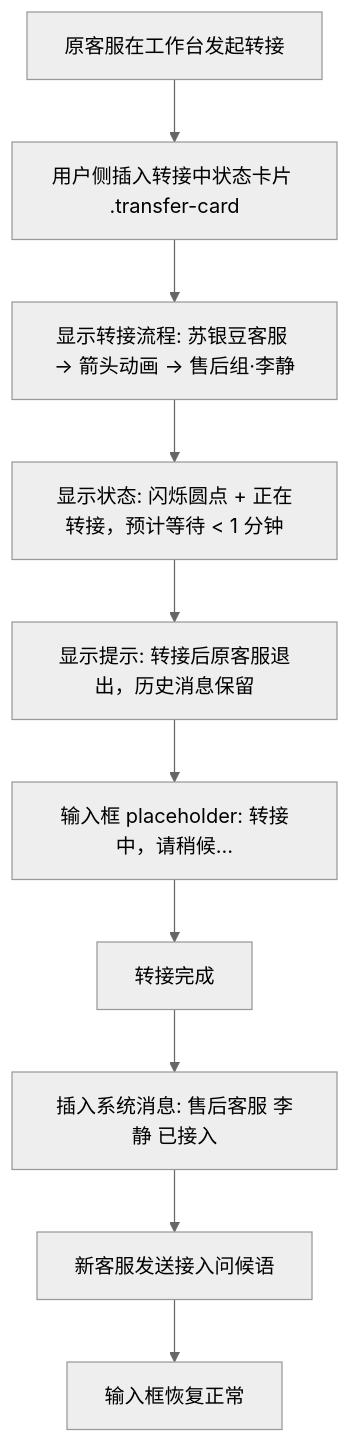
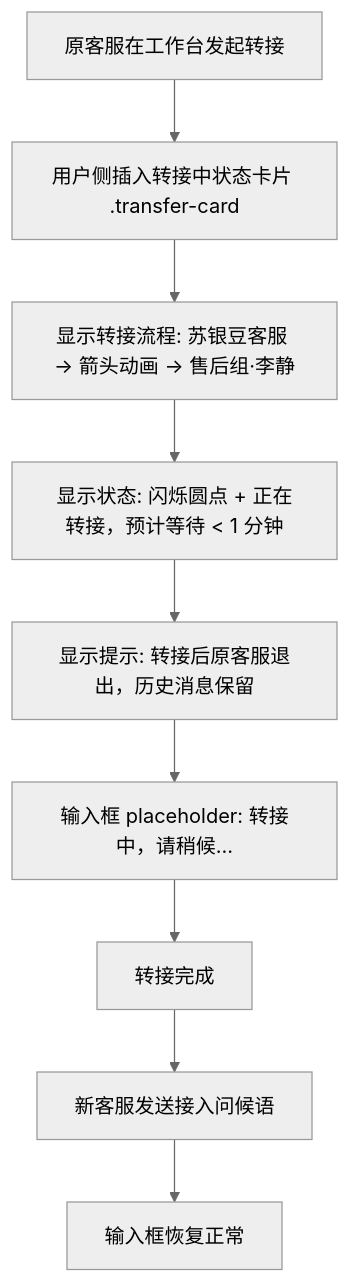
The seventh of 9 diagrams in prototype-cs/user/PRD/02-聊天主界面.md (lyuxiaohei/OCS), drawn with Mermaid (neutral theme) before and after one commit. The commit also changed other lines of this file and 19 other files, not shown here.

````diff
--- a/prototype-cs/user/PRD/02-聊天主界面.md
+++ b/prototype-cs/user/PRD/02-聊天主界面.md
@@ -218,12 +213,11 @@
 ```mermaid
 flowchart TD
     A[原客服在工作台发起转接] --> B[用户侧插入转接中状态卡片 .transfer-card]
     B --> C[显示转接流程: 苏银豆客服 → 箭头动画 → 售后组·李静]
     C --> D[显示状态: 闪烁圆点 + 正在转接，预计等待 < 1 分钟]
     D --> E[显示提示: 转接后原客服退出，历史消息保留]
     E --> F[输入框 placeholder: 转接中，请稍候…]
     F --> G[转接完成]
-    G --> H[插入系统消息: 售后客服 李静 已接入]
-    H --> I[新客服发送接入问候语]
+    G --> I[新客服发送接入问候语]
     I --> J[输入框恢复正常]
 ```
````
